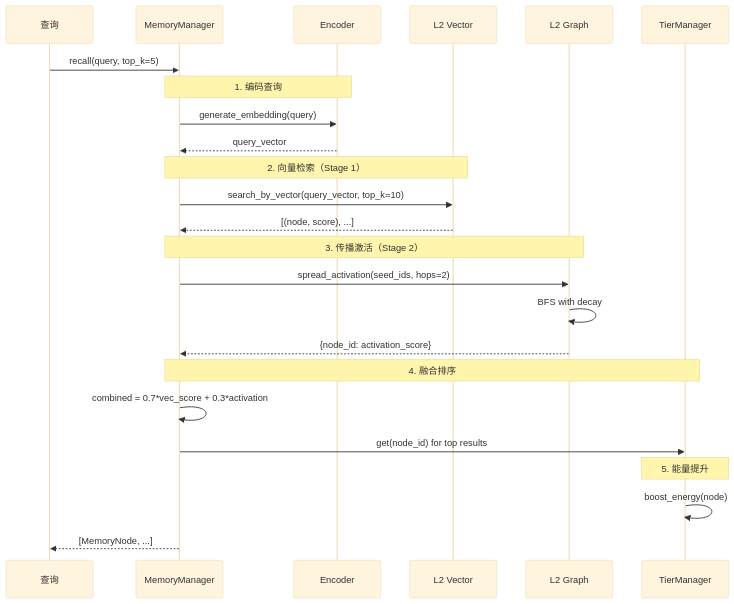
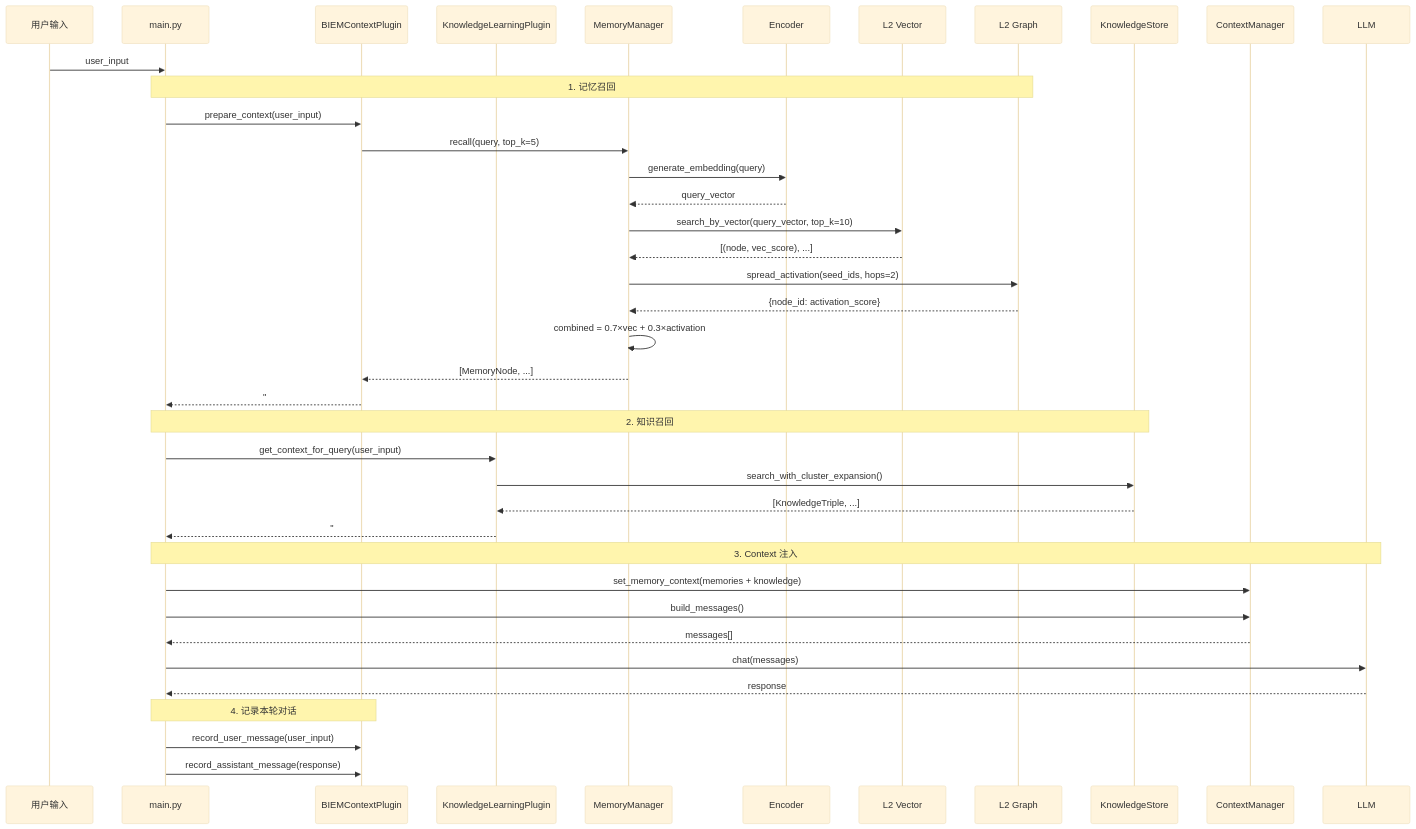
Before and after one commit to Zeppelinpp/OmniEmployee: the eighth of 19 diagrams in docs/memory_system.md, drawn with Mermaid (base theme). The commit also changed other lines of this file and 2 other files, not shown here.

````diff
--- a/docs/memory_system.md
+++ b/docs/memory_system.md
@@ -375,26 +443,46 @@
 ```mermaid
 sequenceDiagram
-  participant Query as 查询
+  participant User as 用户输入
+  participant Main as main.py
+  participant Memory as BIEMContextPlugin
+  participant Knowledge as KnowledgeLearningPlugin
   participant MM as MemoryManager
   participant Enc as Encoder
   participant L2V as L2 Vector
   participant L2G as L2 Graph
-  participant Tier as TierManager
-  Query->>MM: recall(query, top_k=5)
-  Note over MM,Enc: 1. 编码查询
+  participant KStore as KnowledgeStore
+  participant Context as ContextManager
+  participant LLM as LLM
+
+  User->>Main: user_input
+
+  Note over Main,L2G: 1. 记忆召回
+  Main->>Memory: prepare_context(user_input)
+  Memory->>MM: recall(query, top_k=5)
   MM->>Enc: generate_embedding(query)
   Enc-->>MM: query_vector
-  Note over MM,L2V: 2. 向量检索（Stage 1）
   MM->>L2V: search_by_vector(query_vector, top_k=10)
-  L2V-->>MM: [(node, score), ...]
-  Note over MM,L2G: 3. 传播激活（Stage 2）
+  L2V-->>MM: [(node, vec_score), ...]
   MM->>L2G: spread_activation(seed_ids, hops=2)
-  L2G->>L2G: BFS with decay
   L2G-->>MM: {node_id: activation_score}
-  Note over MM,Tier: 4. 融合排序
-  MM->>MM: combined = 0.7*vec_score + 0.3*activation
-  MM->>Tier: get(node_id) for top results
-  Note over Tier,Tier: 5. 能量提升
-  Tier->>Tier: boost_energy(node)
-  MM-->>Query: [MemoryNode, ...]
+  MM->>MM: combined = 0.7×vec + 0.3×activation
+  MM-->>Memory: [MemoryNode, ...]
+  Memory-->>Main: "## Relevant Memories\n..."
+
+  Note over Main,KStore: 2. 知识召回
+  Main->>Knowledge: get_context_for_query(user_input)
+  Knowledge->>KStore: search_with_cluster_expansion()
+  KStore-->>Knowledge: [KnowledgeTriple, ...]
+  Knowledge-->>Main: "## Learned Knowledge\n..."
+
+  Note over Main,LLM: 3. Context 注入
+  Main->>Context: set_memory_context(memories + knowledge)
+  Main->>Context: build_messages()
+  Context-->>Main: messages[]
+  Main->>LLM: chat(messages)
+  LLM-->>Main: response
+
+  Note over Main,Memory: 4. 记录本轮对话
+  Main->>Memory: record_user_message(user_input)
+  Main->>Memory: record_assistant_message(response)
 ```
````
